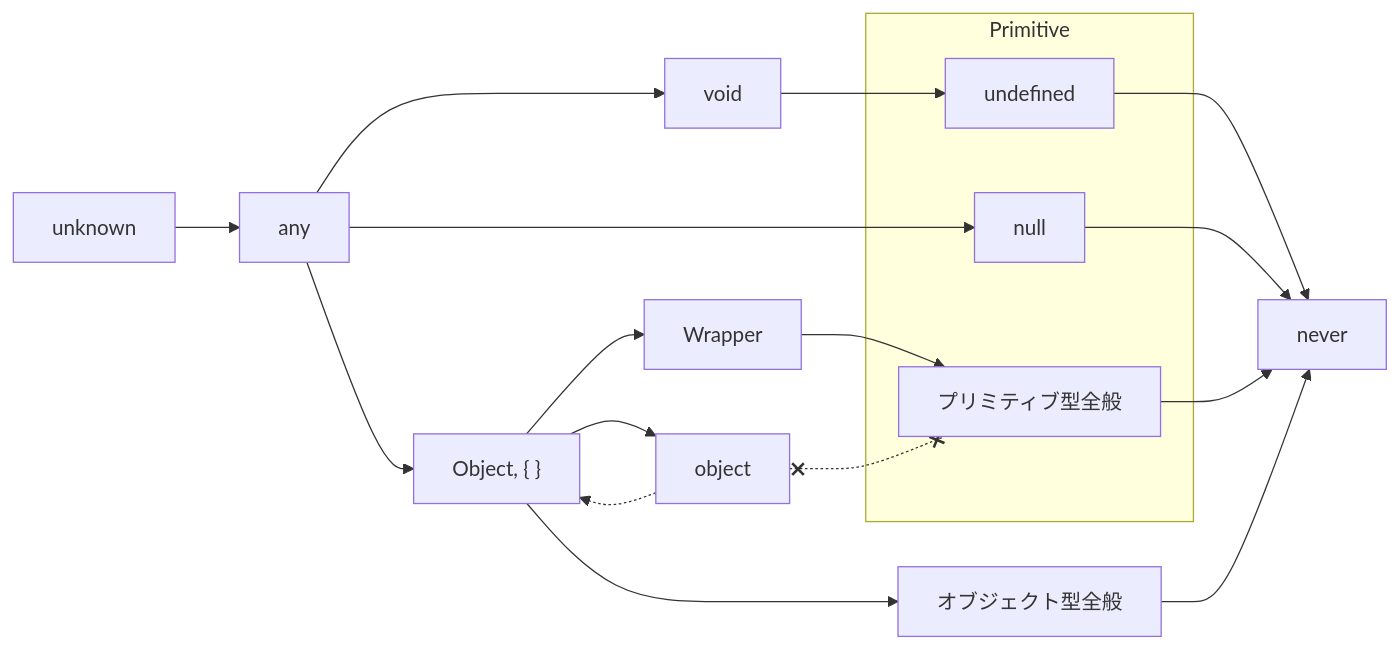
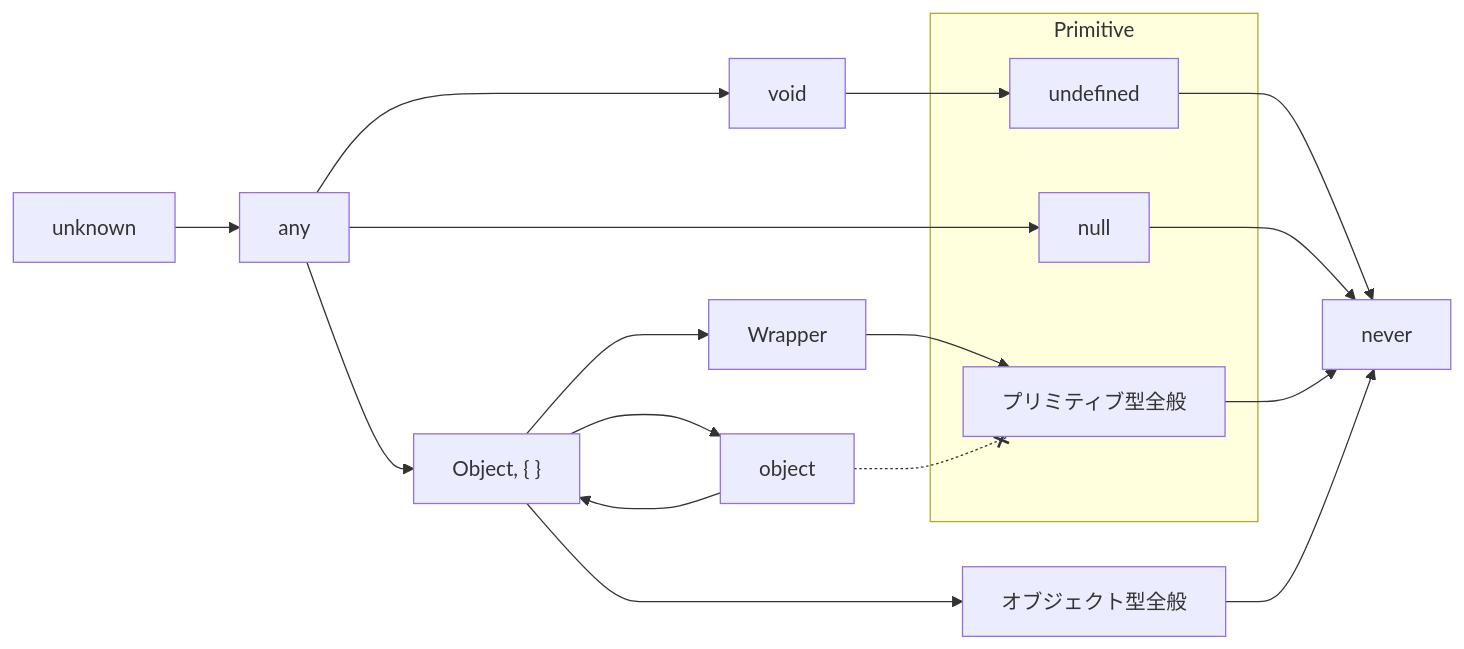
Before and after one commit to yo-goto/zenn-public-repo: the sixth of 9 diagrams in articles/typescript-type-set-hierarchy.md, drawn with Mermaid. The commit also changed other lines of this file, not shown here.

````diff
--- a/articles/typescript-type-set-hierarchy.md
+++ b/articles/typescript-type-set-hierarchy.md
@@ -736,25 +735,25 @@
 ```mermaid
 graph LR
   U[unknown]
   N[never]
   A[any]
   V[void]
   O["Object, { }"]
   obj[object]
   W[Wrapper]
   subgraph Primitive
     u[undefined]
     n[null]
     P[プリミティブ型全般]
   end
   objs[オブジェクト型全般]
   U --> A
   A --> V --> u --> N
   A ---> n --> N
   A --> O --> W & objs
   W --> P --> N
   O --> obj
   objs --> N
-  obj -.-> O
-  obj x-.-x P
+  obj ---> O
+  obj -.-x P
 ```
````
